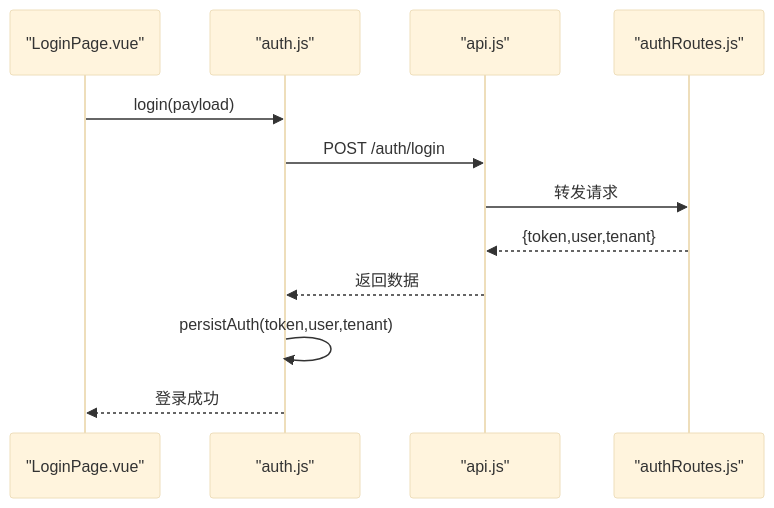
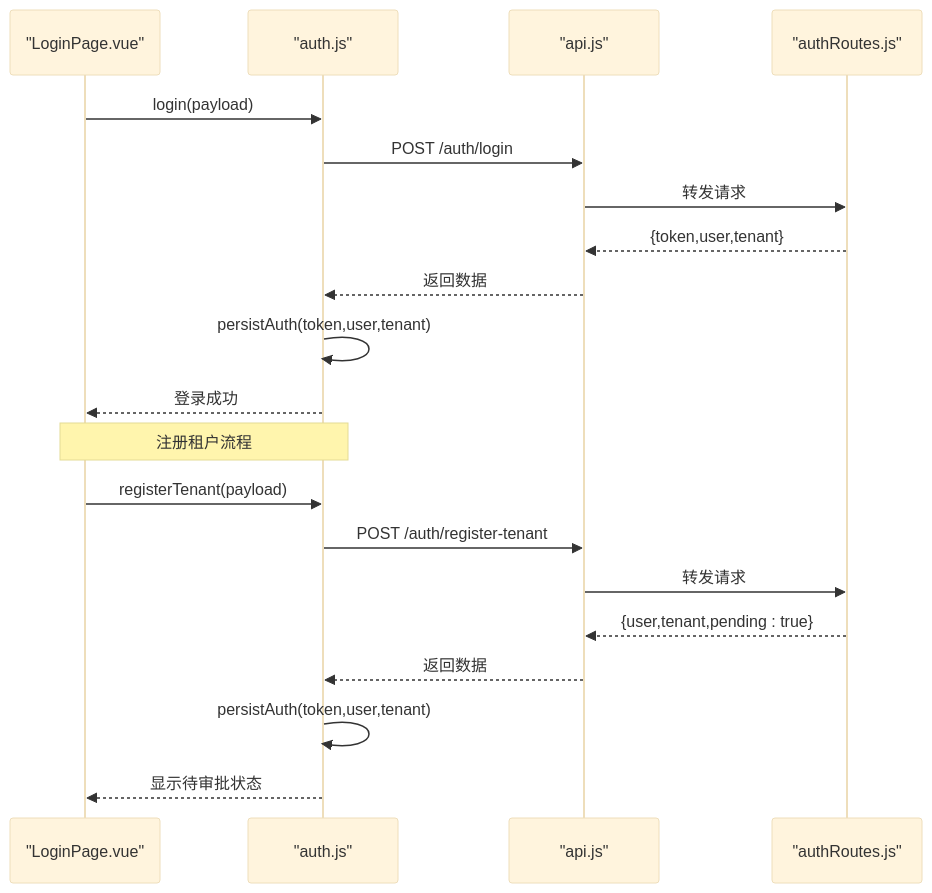
Before and after one commit to Juny09/inventory_system: the eighth of 10 diagrams in .qoder/repowiki/zh/content/核心功能模块/用户认证模块.md, drawn with Mermaid (base theme). The commit also changed other lines of this file and 53 other files, not shown here.

````diff
--- a/.qoder/repowiki/zh/content/核心功能模块/用户认证模块.md
+++ b/.qoder/repowiki/zh/content/核心功能模块/用户认证模块.md
@@ -337,14 +450,22 @@
 ```mermaid
 sequenceDiagram
 participant Page as "LoginPage.vue"
 participant Store as "auth.js"
 participant API as "api.js"
 participant Backend as "authRoutes.js"
 Page->>Store : login(payload)
 Store->>API : POST /auth/login
 API->>Backend : 转发请求
 Backend-->>API : {token,user,tenant}
 API-->>Store : 返回数据
 Store->>Store : persistAuth(token,user,tenant)
 Store-->>Page : 登录成功
+Note over Page,Store : 注册租户流程
+Page->>Store : registerTenant(payload)
+Store->>API : POST /auth/register-tenant
+API->>Backend : 转发请求
+Backend-->>API : {user,tenant,pending : true}
+API-->>Store : 返回数据
+Store->>Store : persistAuth(token,user,tenant)
+Store-->>Page : 显示待审批状态
 ```
````
